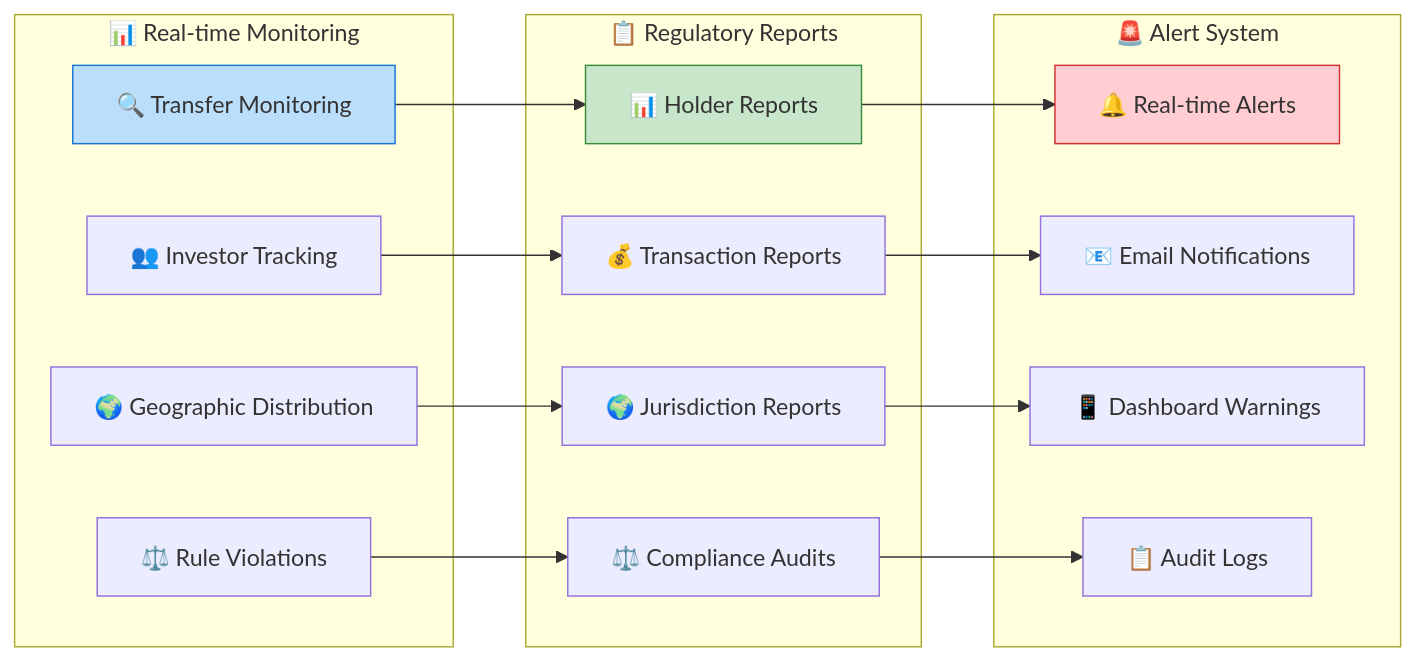
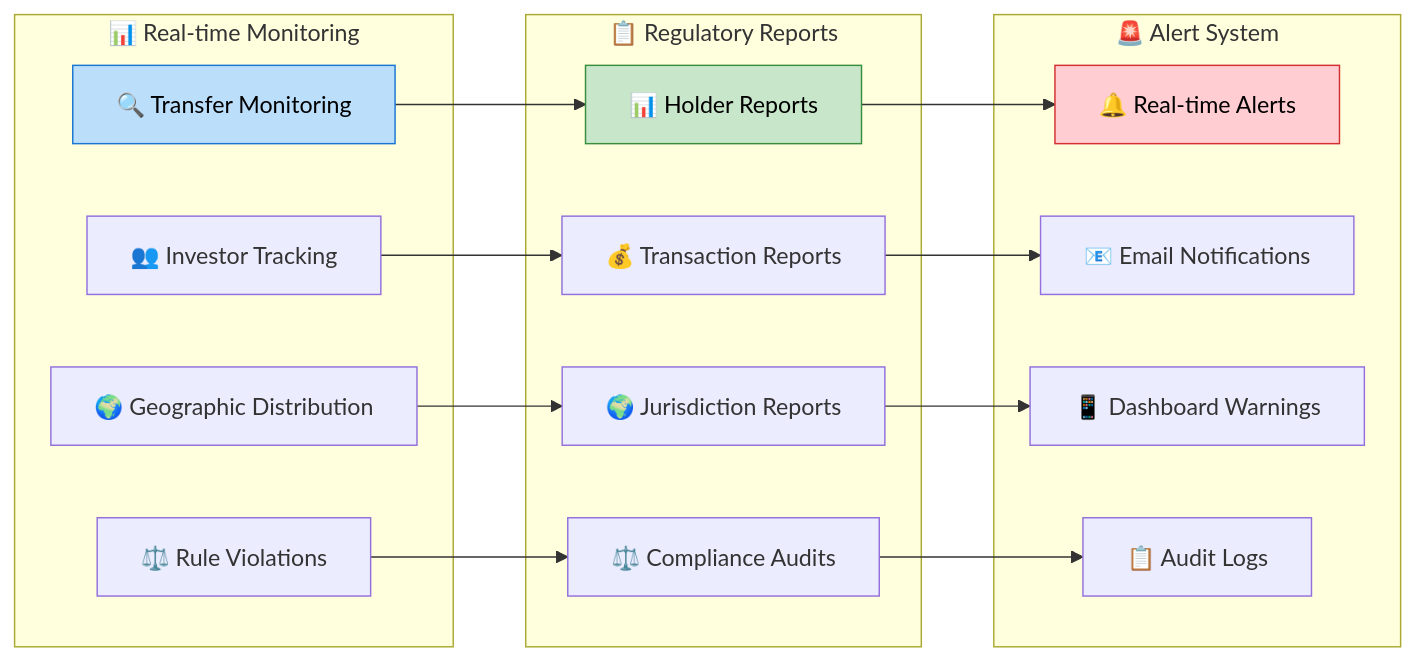
Before and after one commit to settlemint/asset-tokenization-kit: the seventh of 7 diagrams in designdocs/10-compliance-identity-system.md, drawn with Mermaid. The commit also changed other lines of this file and 18 other files, not shown here.

````diff
--- a/designdocs/10-compliance-identity-system.md
+++ b/designdocs/10-compliance-identity-system.md
@@ -677,36 +677,36 @@
 ```mermaid
 graph LR
     subgraph "📊 Real-time Monitoring"
         A[🔍 Transfer Monitoring]
         B[👥 Investor Tracking]
         C[🌍 Geographic Distribution]
         D[⚖️ Rule Violations]
     end
     
     subgraph "📋 Regulatory Reports"
         E[📊 Holder Reports]
         F[💰 Transaction Reports]
         G[🌍 Jurisdiction Reports]
         H[⚖️ Compliance Audits]
     end
     
     subgraph "🚨 Alert System"
         I[🔔 Real-time Alerts]
         J[📧 Email Notifications]
         K[📱 Dashboard Warnings]
         L[📋 Audit Logs]
     end
     
     A --> E
     B --> F
     C --> G
     D --> H
     E --> I
     F --> J
     G --> K
     H --> L
     
-    style A fill:#bbdefb,stroke:#1976d2
-    style E fill:#c8e6c9,stroke:#388e3c
-    style I fill:#ffcdd2,stroke:#d32f2f
+    style A fill:#bbdefb,stroke:#1976d2,color:#000000
+    style E fill:#c8e6c9,stroke:#388e3c,color:#000000
+    style I fill:#ffcdd2,stroke:#d32f2f,color:#000000
 ```
````
